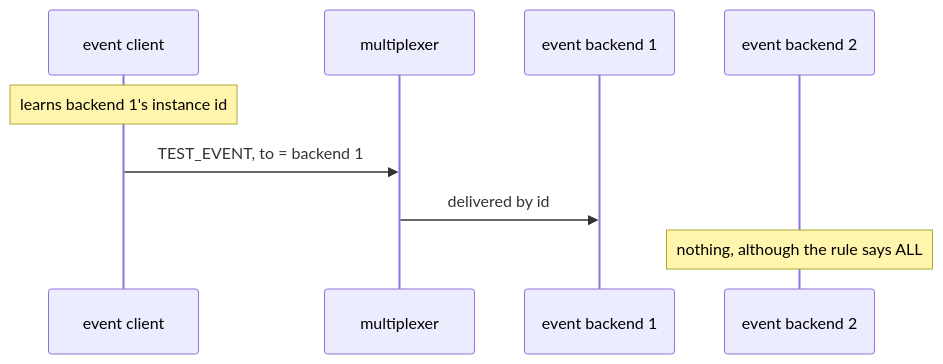
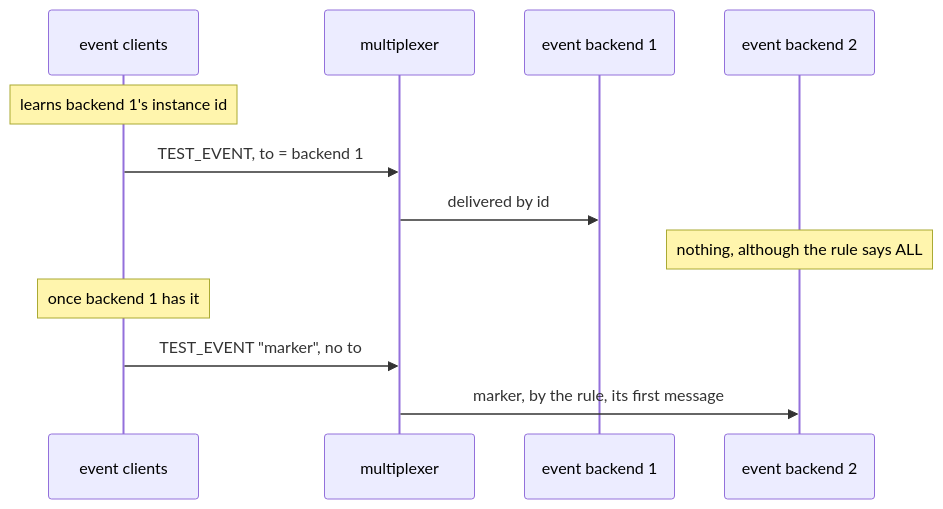
One commit to kulewski/multiplexer changed the diagram in tests/scenarios/direct_addressing/README.md. Above: the diagram before and after it, drawn with Mermaid. The commit also changed other lines of this file and 40 other files, not shown here.

````diff
--- a/tests/scenarios/direct_addressing/README.md
+++ b/tests/scenarios/direct_addressing/README.md
@@ -7,11 +7,14 @@
 ```mermaid
 sequenceDiagram
-    participant S as event client
+    participant S as event clients
     participant M as multiplexer
     participant L1 as event backend 1
     participant L2 as event backend 2
     Note over S: learns backend 1's instance id
     S->>M: TEST_EVENT, to = backend 1
     M->>L1: delivered by id
     Note over L2: nothing, although the rule says ALL
+    Note over S: once backend 1 has it
+    S->>M: TEST_EVENT "marker", no to
+    M->>L2: marker, by the rule, its first message
 ```
````
